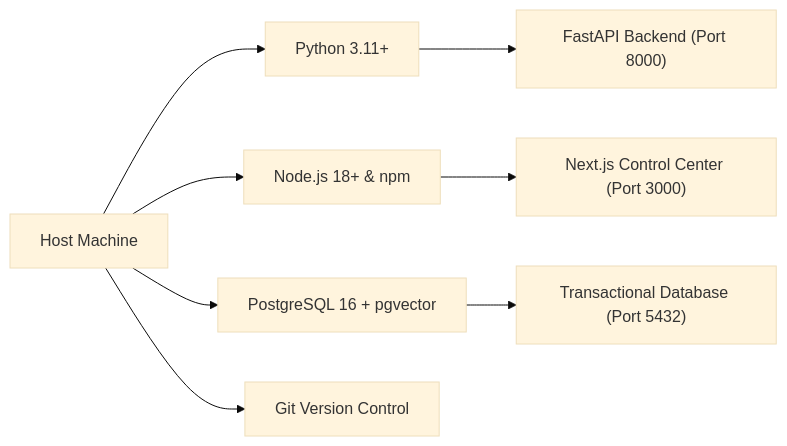
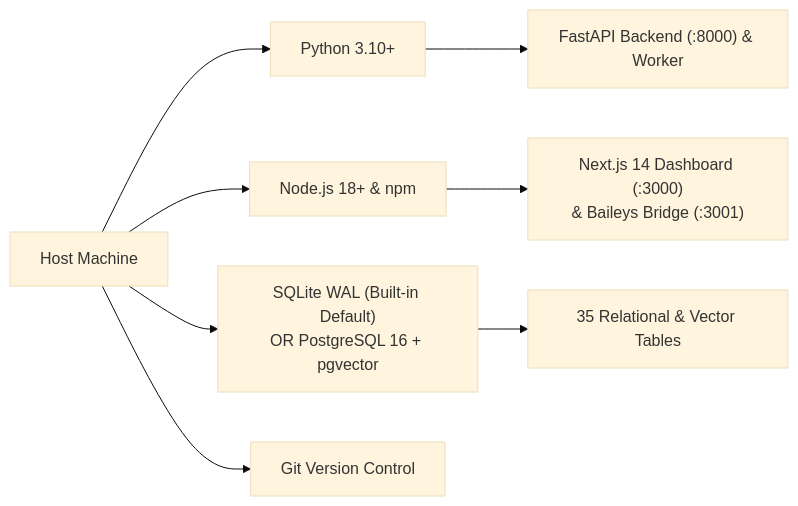
The diagram in assets docs/setup/01-prerequisites-and-system-requirements.md (naborajs/wb-agent), drawn with Mermaid (base theme) before and after one commit. The commit also changed other lines of this file and 8 other files, not shown here.

Commit message:
docs(setup): update setup guides 01-09 with zero-config SQLite default, fix broken wikilinks, and remove hardcoded phone numbers

````diff
--- a/assets docs/setup/01-prerequisites-and-system-requirements.md
+++ b/assets docs/setup/01-prerequisites-and-system-requirements.md
@@ -33,11 +34,11 @@
 ```mermaid
 flowchart LR
-    Host["Host Machine"] --> Py["Python 3.11+"]
+    Host["Host Machine"] --> Py["Python 3.10+"]
     Host --> Node["Node.js 18+ & npm"]
-    Host --> DB["PostgreSQL 16 + pgvector"]
+    Host --> DB["SQLite WAL (Built-in Default)\nOR PostgreSQL 16 + pgvector"]
     Host --> Git["Git Version Control"]
 
-    Py --> Backend["FastAPI Backend (Port 8000)"]
-    Node --> Frontend["Next.js Control Center (Port 3000)"]
-    DB --> Storage["Transactional Database (Port 5432)"]
+    Py --> Backend["FastAPI Backend (:8000) & Worker"]
+    Node --> Frontend["Next.js 14 Dashboard (:3000)\n& Baileys Bridge (:3001)"]
+    DB --> Storage["35 Relational & Vector Tables"]
 ```
````
